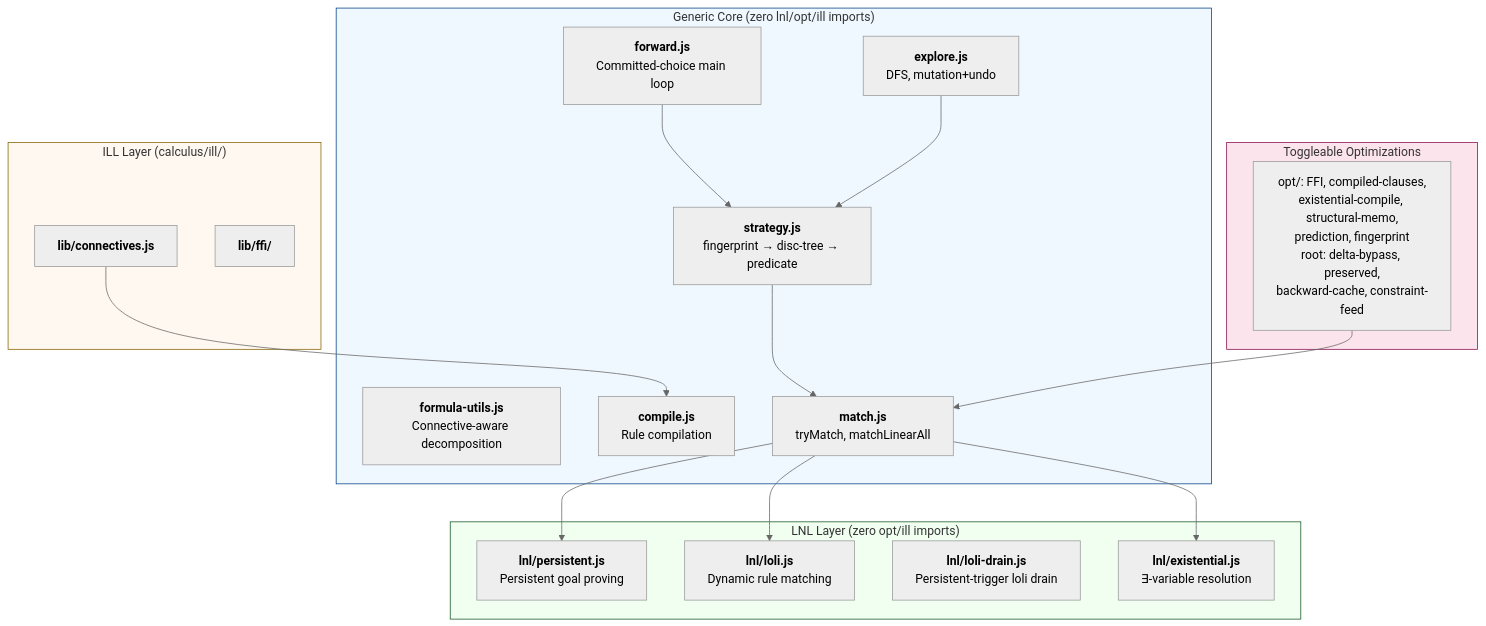
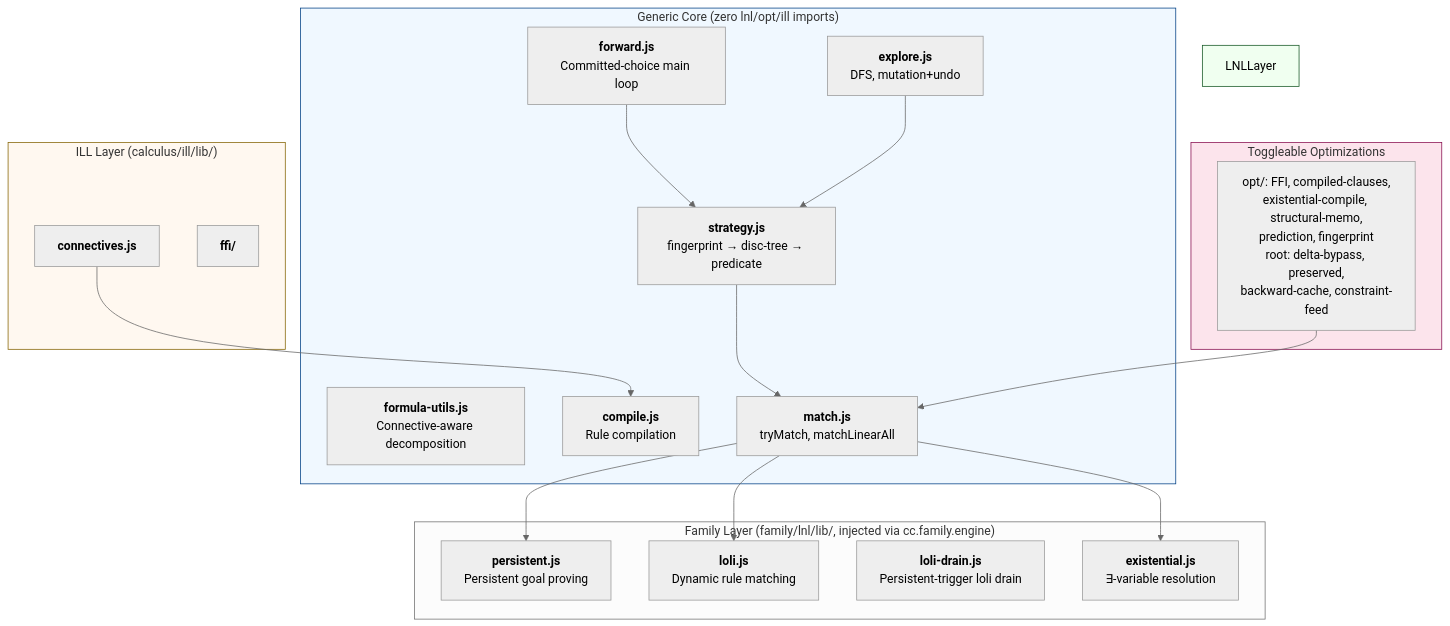
One commit to mhhf/calc changed the second of 2 diagrams in doc/documentation/architecture.md. Above: the diagram before and after it, drawn with Mermaid (neutral theme). The commit also changed other lines of this file and 8 other files, not shown here.

First line of the commit message:
docs: family layer, derived contextStructure, facade API — TODO_0086 doc sweep

````diff
--- a/doc/documentation/architecture.md
+++ b/doc/documentation/architecture.md
@@ -279,41 +264,41 @@
 ```mermaid
 graph TB
     subgraph GenericCore["Generic Core (zero lnl/opt/ill imports)"]
         FORM["<b>formula-utils.js</b><br/>Connective-aware decomposition"]
         COMP["<b>compile.js</b><br/>Rule compilation"]
         MAT["<b>match.js</b><br/>tryMatch, matchLinearAll"]
         STRAT["<b>strategy.js</b><br/>fingerprint → disc-tree → predicate"]
         EXEC["<b>forward.js</b><br/>Committed-choice main loop"]
         EXP["<b>explore.js</b><br/>DFS, mutation+undo"]
     end
 
-    subgraph LNLLayer["LNL Layer (zero opt/ill imports)"]
-        PERS["<b>lnl/persistent.js</b><br/>Persistent goal proving"]
-        LOLI["<b>lnl/loli.js</b><br/>Dynamic rule matching"]
-        DRAIN["<b>lnl/loli-drain.js</b><br/>Persistent-trigger loli drain"]
-        EXIS["<b>lnl/existential.js</b><br/>∃-variable resolution"]
+    subgraph FamilyLayer["Family Layer (family/lnl/lib/, injected via cc.family.engine)"]
+        PERS["<b>persistent.js</b><br/>Persistent goal proving"]
+        LOLI["<b>loli.js</b><br/>Dynamic rule matching"]
+        DRAIN["<b>loli-drain.js</b><br/>Persistent-trigger loli drain"]
+        EXIS["<b>existential.js</b><br/>∃-variable resolution"]
     end
 
-    subgraph ILLLayer["ILL Layer (calculus/ill/)"]
-        CONN["<b>lib/connectives.js</b>"]
-        FFIL["<b>lib/ffi/</b>"]
+    subgraph ILLLayer["ILL Layer (calculus/ill/lib/)"]
+        CONN["<b>connectives.js</b>"]
+        FFIL["<b>ffi/</b>"]
     end
 
     subgraph OptLayer["Toggleable Optimizations"]
         OPT["opt/: FFI, compiled-clauses,<br/>existential-compile, structural-memo,<br/>prediction, fingerprint<br/>root: delta-bypass, preserved,<br/>backward-cache, constraint-feed"]
     end
 
     STRAT --> MAT
     MAT --> PERS
     MAT --> LOLI
     MAT --> EXIS
     EXEC --> STRAT
     EXP --> STRAT
     CONN --> COMP
     OPT --> MAT
 
     style GenericCore fill:#f0f8ff,stroke:#004085
     style LNLLayer fill:#f0fff0,stroke:#155724
     style ILLLayer fill:#fff8f0,stroke:#856404
     style OptLayer fill:#fce4ec,stroke:#880e4f
 ```
````
